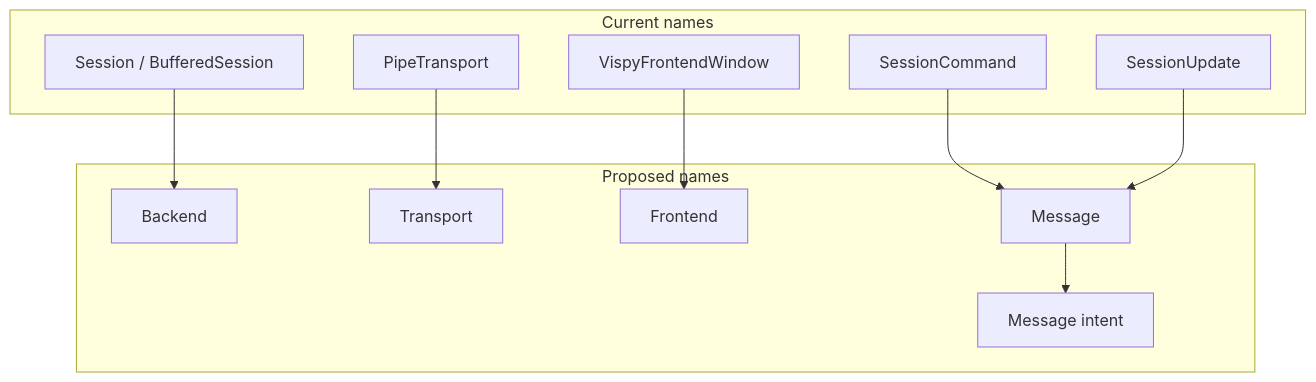
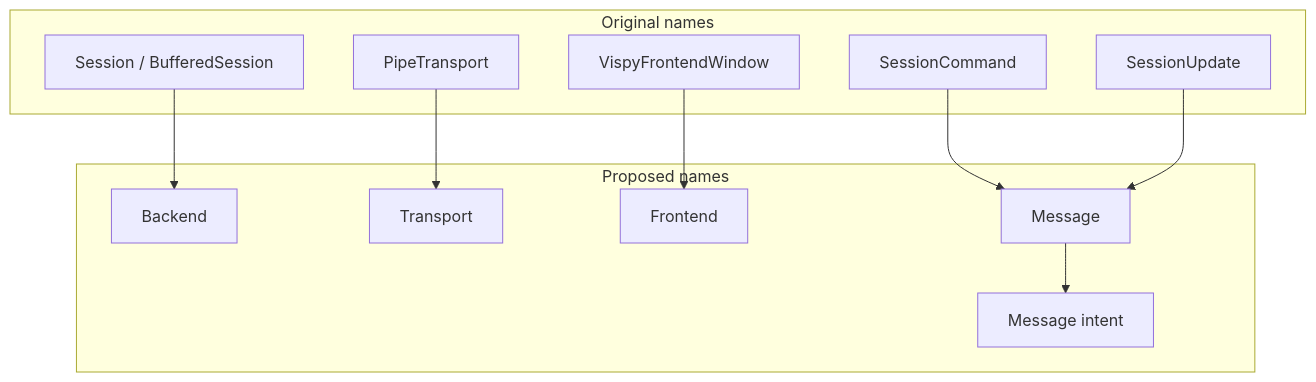
The fourth of 21 diagrams in docs/architecture/design/proposals/backend-transport-frontend-proposal.md (orrenravid1/CompartmentalNeuronGUI), drawn with Mermaid before and after one commit. The commit also changed other lines of this file and 31 other files, not shown here.

````diff
--- a/docs/architecture/design/proposals/backend-transport-frontend-proposal.md
+++ b/docs/architecture/design/proposals/backend-transport-frontend-proposal.md
@@ -175,25 +195,25 @@
 ```mermaid
 flowchart TD
-    subgraph CurrentNames[Current names]
+    subgraph OriginalNames[Original names]
         Session[Session / BufferedSession]
         Pipe[PipeTransport]
         Vispy[VispyFrontendWindow]
         SCommand[SessionCommand]
         SUpdate[SessionUpdate]
     end
 
     subgraph ProposedNames[Proposed names]
         Backend[Backend]
         Transport[Transport]
         Frontend[Frontend]
         Message[Message]
         Intent[Message intent]
     end
 
     Session --> Backend
     Pipe --> Transport
     Vispy --> Frontend
     SCommand --> Message
     SUpdate --> Message
     Message --> Intent
 ```
````
